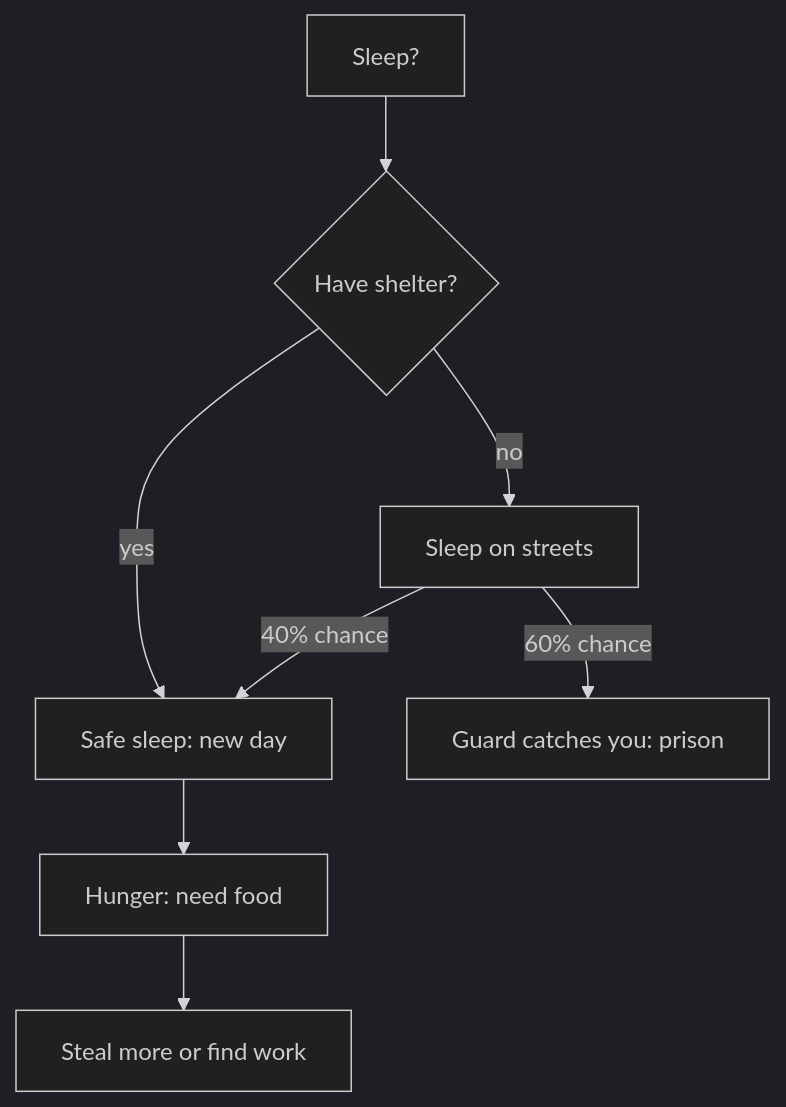
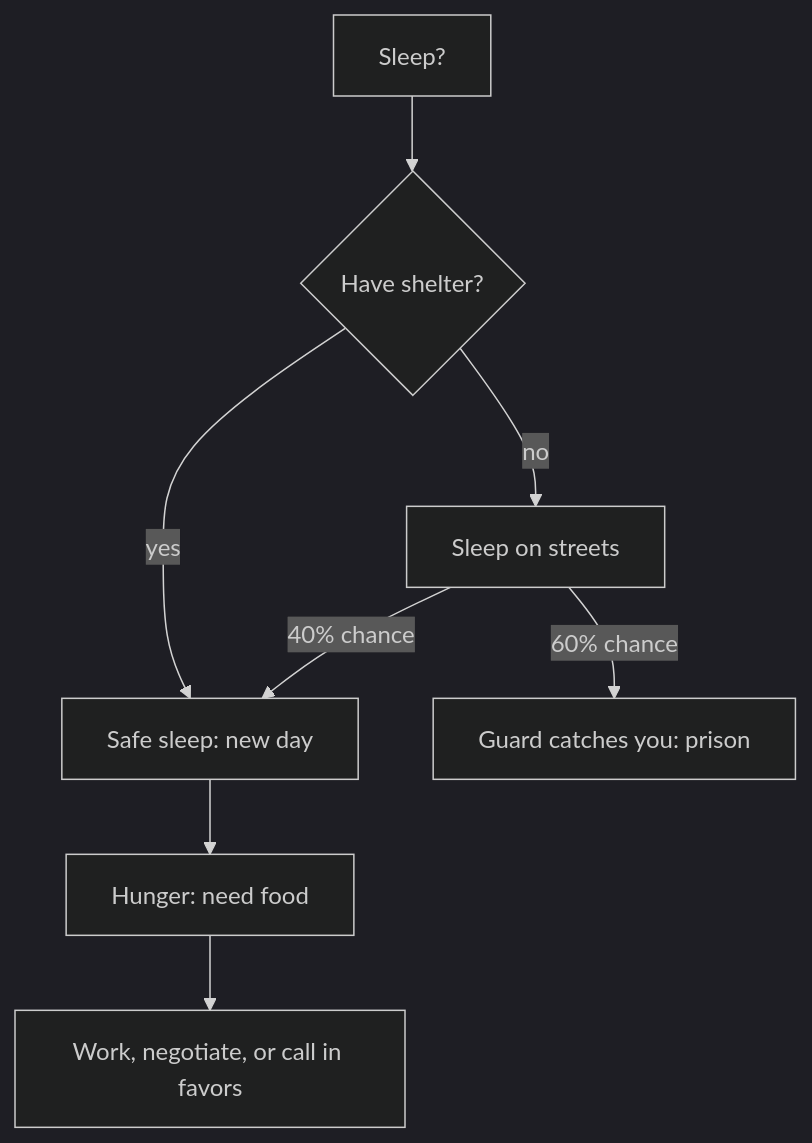
One commit to axecopfire/first-godot changed the fifth of 6 diagrams in docs/general/GAME_DESIGN.md. Above: the diagram before and after it, drawn with Mermaid (dark theme). The commit also changed other lines of this file and 32 other files, not shown here.

````diff
--- a/docs/general/GAME_DESIGN.md
+++ b/docs/general/GAME_DESIGN.md
@@ -167,10 +174,10 @@
 ```mermaid
 flowchart TB
     D1[Sleep?] --> D2{Have shelter?}
     D2 -->|yes| D3[Safe sleep: new day]
     D2 -->|no| D4[Sleep on streets]
     D4 -->|60% chance| D5[Guard catches you: prison]
     D4 -->|40% chance| D3
     D3 --> D6[Hunger: need food]
-    D6 --> D7[Steal more or find work]
+    D6 --> D7[Work, negotiate, or call in favors]
 ```
````
